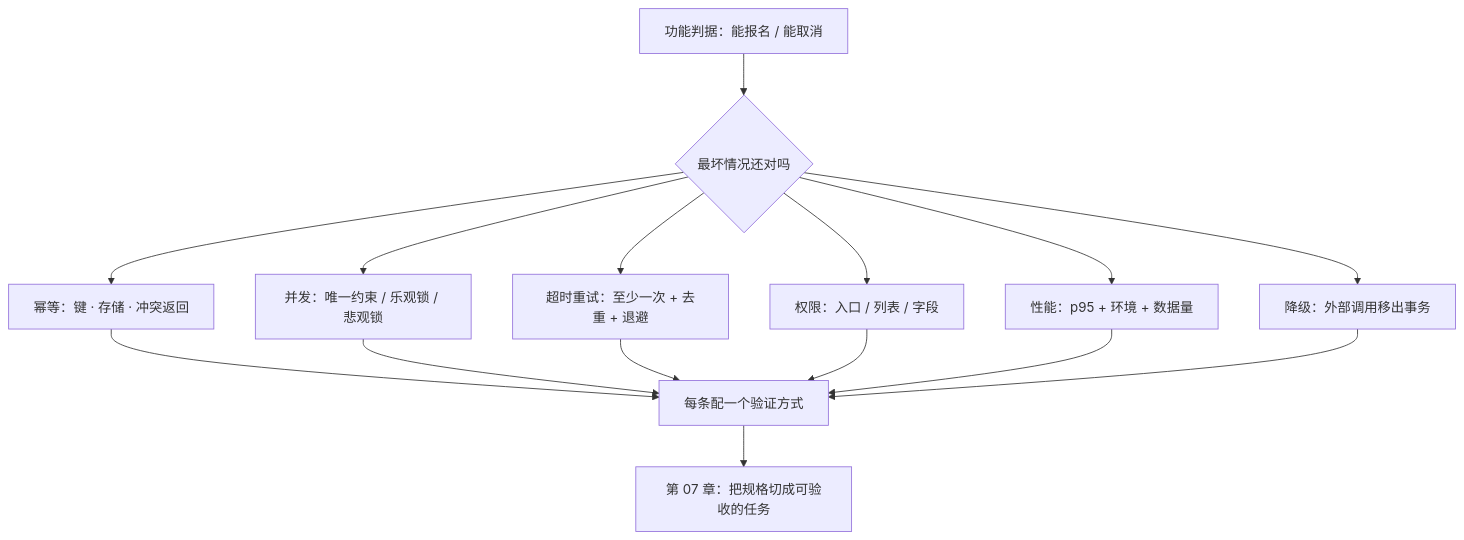
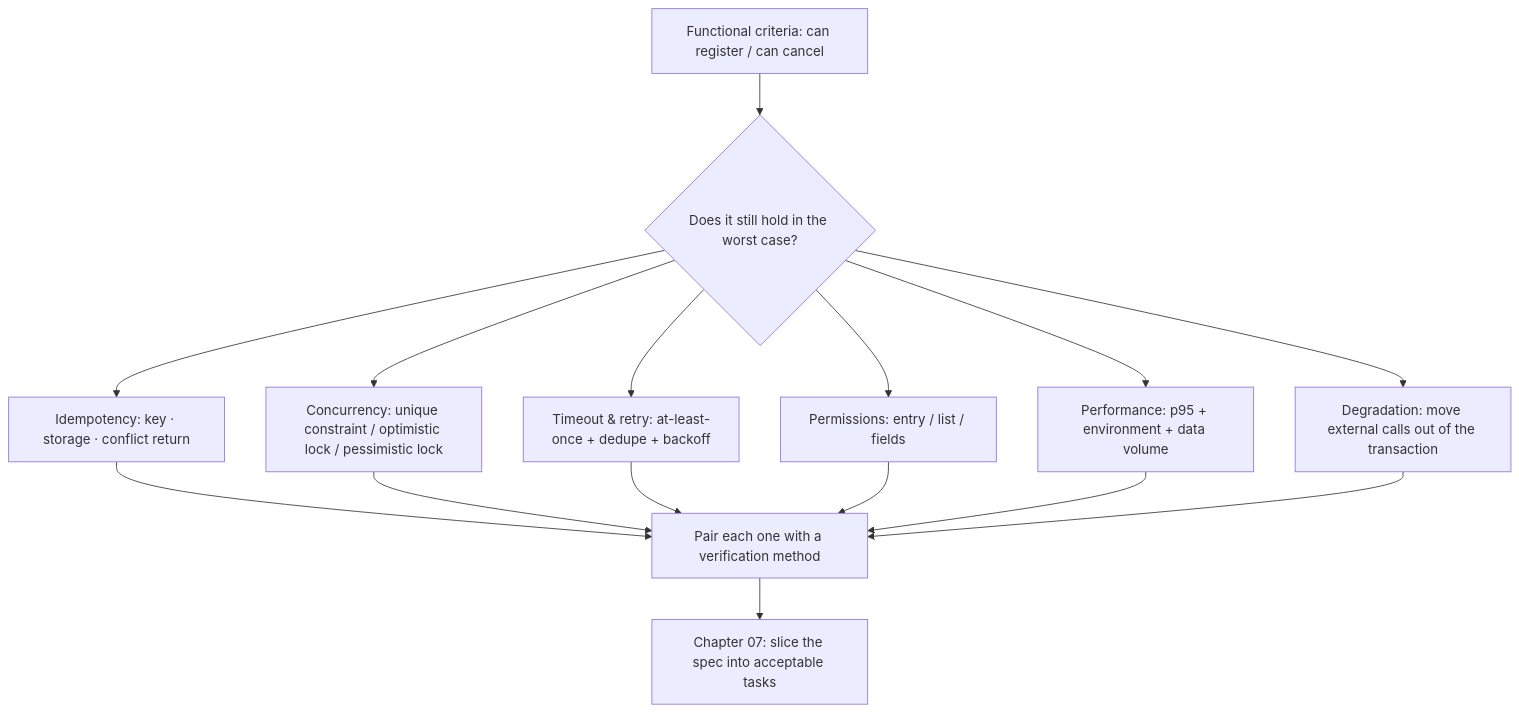
The second of 2 diagrams in phase2/chapters/ch06-constraints.md (xzlxiao/vibe-coding-textbook), drawn with Mermaid before and after one commit. The commit also changed other lines of this file and 15 other files, not shown here.

````diff
--- a/phase2/chapters/ch06-constraints.md
+++ b/phase2/chapters/ch06-constraints.md
@@ -252,17 +252,17 @@
 ```mermaid
 flowchart TD
-    A["功能判据：能报名 / 能取消"] --> B{"最坏情况还对吗"}
-    B --> C1["幂等：键 · 存储 · 冲突返回"]
-    B --> C2["并发：唯一约束 / 乐观锁 / 悲观锁"]
-    B --> C3["超时重试：至少一次 + 去重 + 退避"]
-    B --> C4["权限：入口 / 列表 / 字段"]
-    B --> C5["性能：p95 + 环境 + 数据量"]
-    B --> C6["降级：外部调用移出事务"]
-    C1 --> D["每条配一个验证方式"]
+    A["Functional criteria: can register / can cancel"] --> B{"Does it still hold in the worst case?"}
+    B --> C1["Idempotency: key · storage · conflict return"]
+    B --> C2["Concurrency: unique constraint / optimistic lock / pessimistic lock"]
+    B --> C3["Timeout & retry: at-least-once + dedupe + backoff"]
+    B --> C4["Permissions: entry / list / fields"]
+    B --> C5["Performance: p95 + environment + data volume"]
+    B --> C6["Degradation: move external calls out of the transaction"]
+    C1 --> D["Pair each one with a verification method"]
     C2 --> D
     C3 --> D
     C4 --> D
     C5 --> D
     C6 --> D
-    D --> E["第 07 章：把规格切成可验收的任务"]
+    D --> E["Chapter 07: slice the spec into acceptable tasks"]
 ```
````
